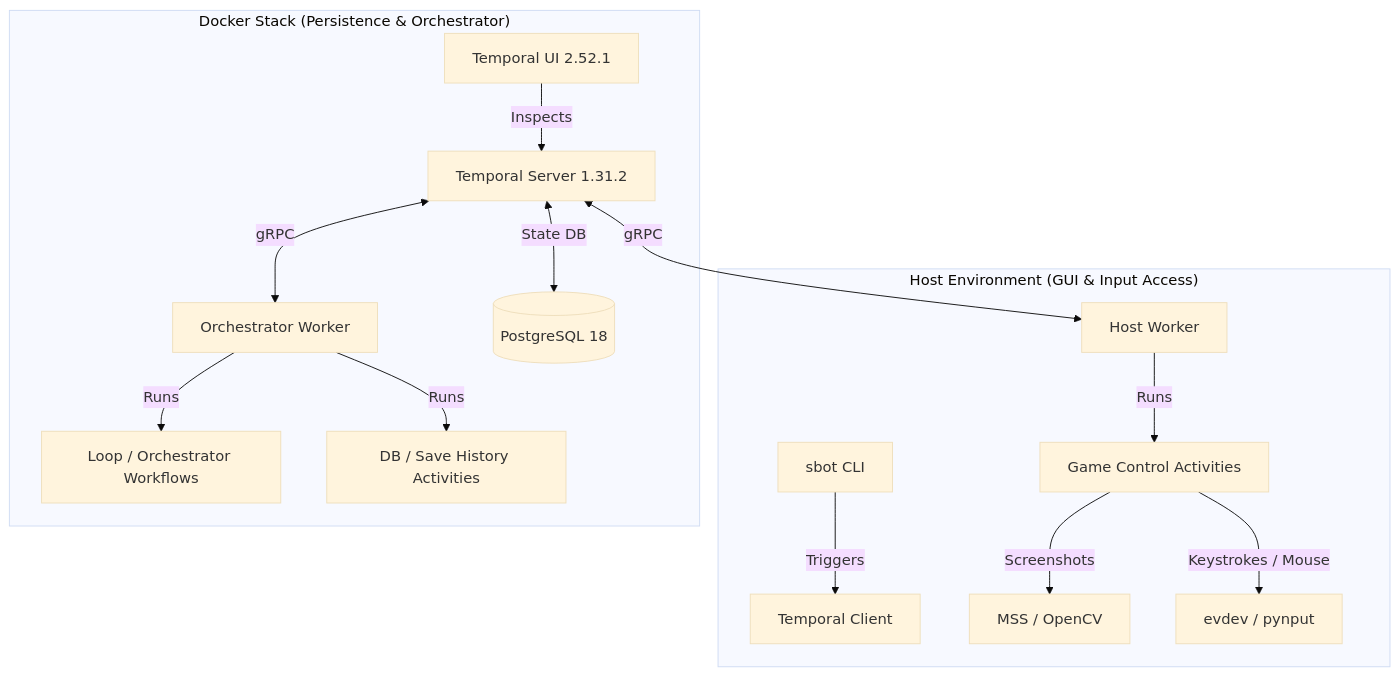
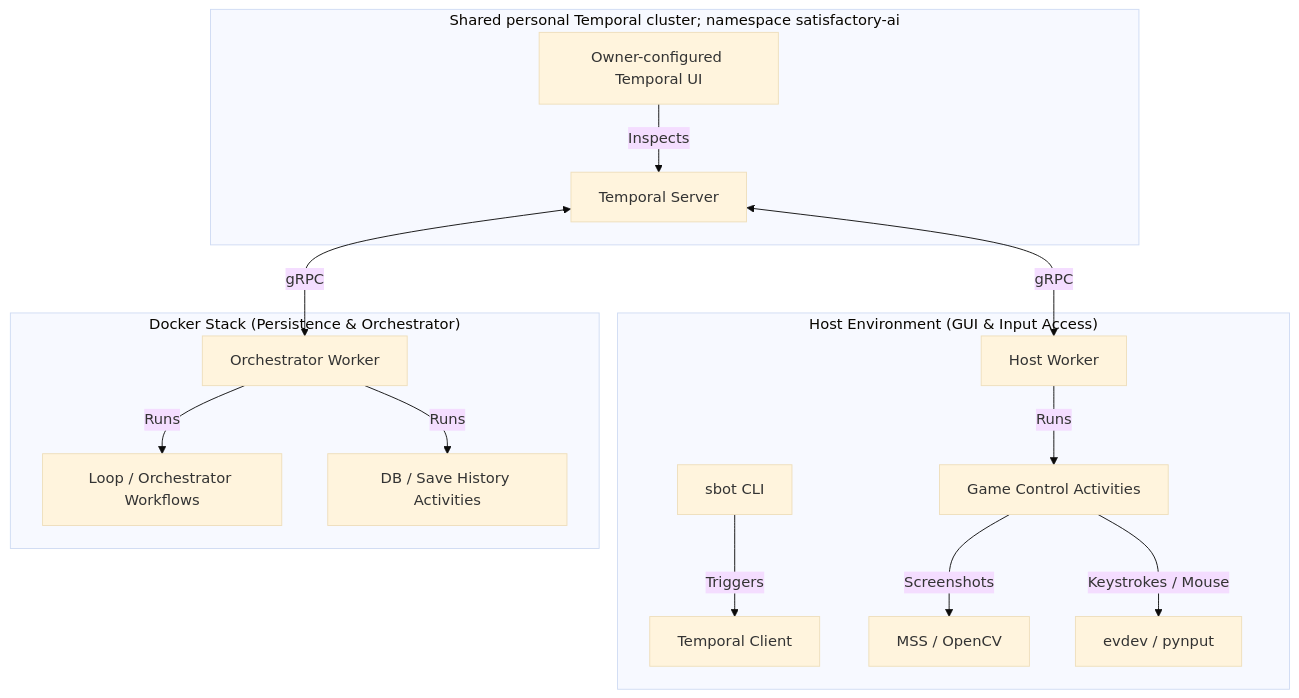
One commit to AdilsonTorres/satisfactory-ai changed the diagram in GEMINI.md. Above: the diagram before and after it, drawn with Mermaid (base theme). The commit also changed other lines of this file and 11 other files, not shown here.

````diff
--- a/GEMINI.md
+++ b/GEMINI.md
@@ -7,18 +7,19 @@
 ```mermaid
 graph TD
     subgraph Host ["Host Environment (GUI & Input Access)"]
         CLI[sbot CLI] -->|Triggers| Client[Temporal Client]
         HostWorker[Host Worker] -->|Runs| GameActivities[Game Control Activities]
         GameActivities -->|Screenshots| MSS[MSS / OpenCV]
         GameActivities -->|Keystrokes / Mouse| Evdev[evdev / pynput]
     end
 
     subgraph Docker ["Docker Stack (Persistence & Orchestrator)"]
         Orchestrator[Orchestrator Worker] -->|Runs| Workflows[Loop / Orchestrator Workflows]
         Orchestrator -->|Runs| PersistActivities[DB / Save History Activities]
-        TemporalServer[Temporal Server 1.31.2] <-->|gRPC| Orchestrator
+    end
+    subgraph Shared ["Shared personal Temporal cluster; namespace satisfactory-ai"]
+        TemporalServer[Temporal Server] <-->|gRPC| Orchestrator
         TemporalServer <-->|gRPC| HostWorker
-        TemporalServer <-->|State DB| PostgreSQL[(PostgreSQL 18)]
-        TemporalUI[Temporal UI 2.52.1] -->|Inspects| TemporalServer
+        TemporalUI[Owner-configured Temporal UI] -->|Inspects| TemporalServer
     end
 ```
````
